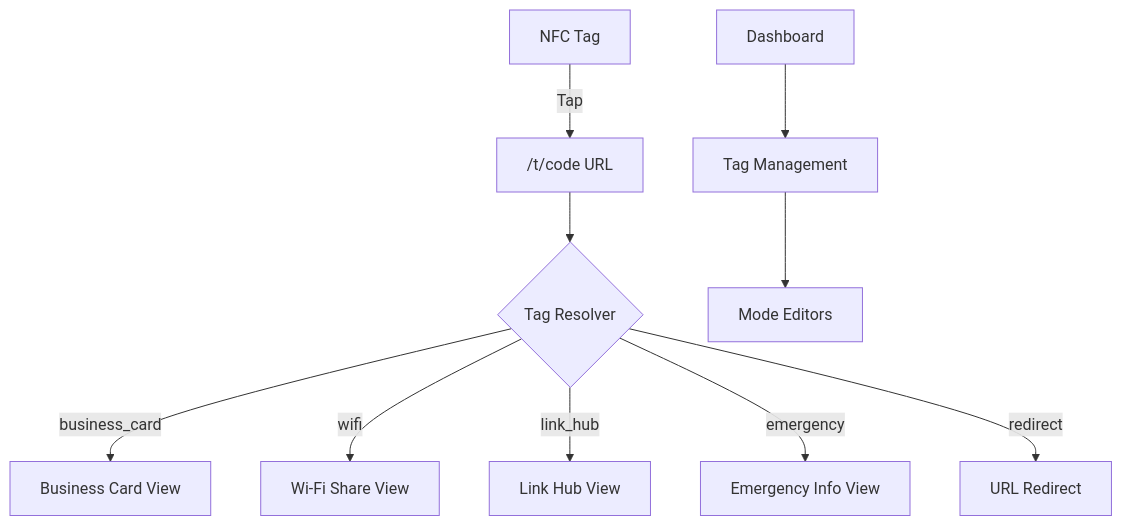
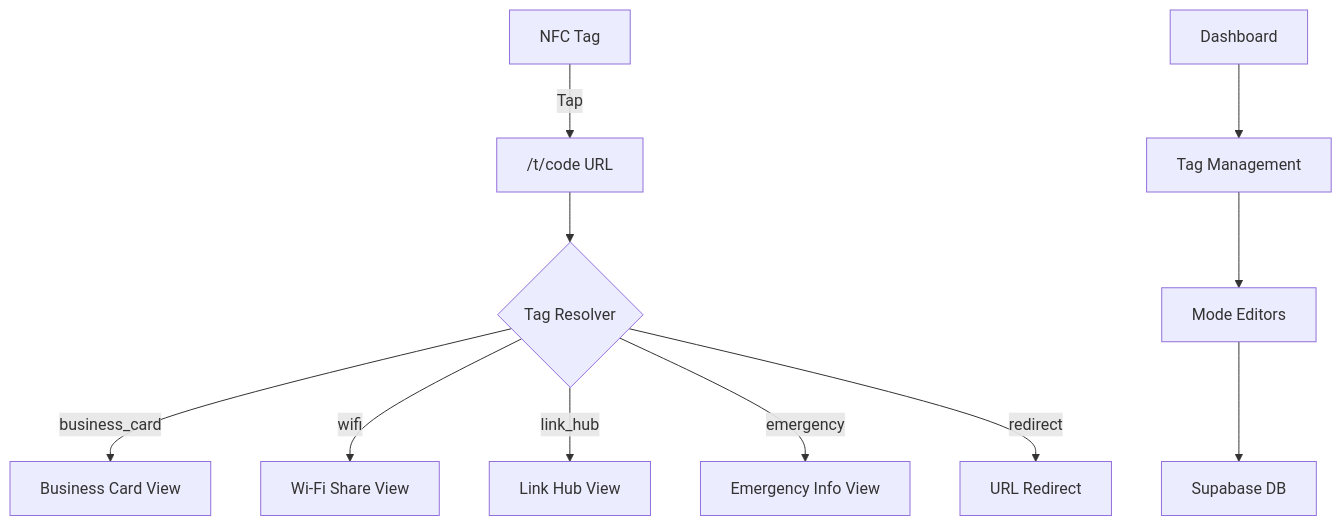
One commit to jayanthmpasupuleti/nexo-app changed the diagram in README.md. Above: the diagram before and after it, drawn with Mermaid. The commit also changed other lines of this file and 10 other files, not shown here.

Commit message:
docs: Overhaul README to include new features, architecture, testing, and security information, update screenshots, and add Supabase environment variable mocks to Vitest setup.

````diff
--- a/README.md
+++ b/README.md
@@ -17,13 +19,14 @@
 ```mermaid
 graph TD
     A[NFC Tag] -->|Tap| B["/t/code URL"]
     B --> C{Tag Resolver}
     C -->|business_card| D[Business Card View]
     C -->|wifi| E[Wi-Fi Share View]
     C -->|link_hub| F[Link Hub View]
     C -->|emergency| G[Emergency Info View]
     C -->|redirect| H[URL Redirect]
     
     I[Dashboard] --> J[Tag Management]
     J --> K[Mode Editors]
+    K --> L[Supabase DB]
 ```
````
